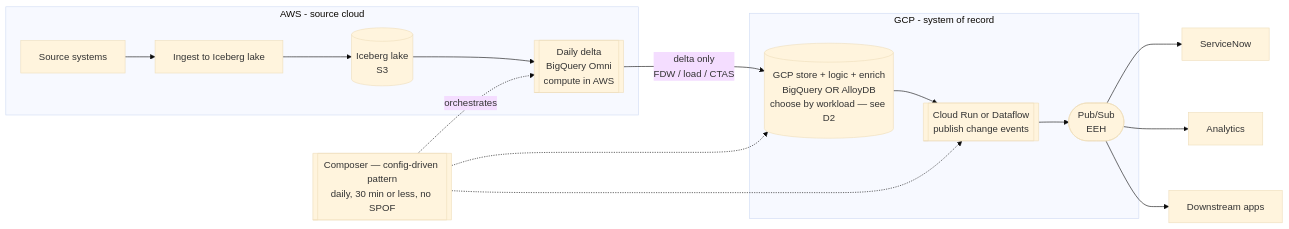
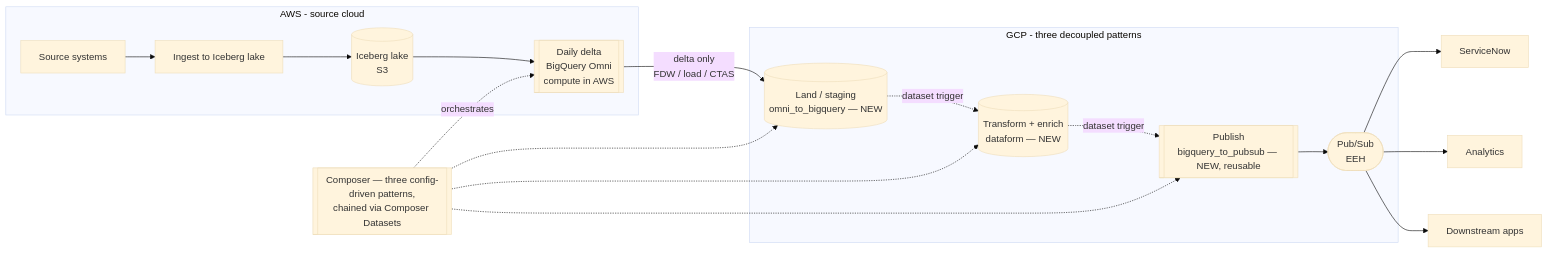
The diagram in docs/daily-delta-pipeline-architecture.md (jeremydegardeyn/iceberg-zero-copy-poc), drawn with Mermaid (base theme) before and after one commit. The commit also changed other lines of this file, not shown here.

First line of the commit message:
Delta pipeline: decouple into three Composer patterns + correct pattern names

````diff
--- a/docs/daily-delta-pipeline-architecture.md
+++ b/docs/daily-delta-pipeline-architecture.md
@@ -39,20 +39,24 @@
 ```mermaid
 flowchart LR
   subgraph AWS[AWS - source cloud]
     SRC[Source systems] --> ING[Ingest to Iceberg lake]
     ING --> LAKE[(Iceberg lake<br/>S3)]
     LAKE --> DIFF[[Daily delta<br/>BigQuery Omni<br/>compute in AWS]]
   end
-  DIFF -->|delta only<br/>FDW / load / CTAS| STORE
-  subgraph GCP[GCP - system of record]
-    STORE[(GCP store + logic + enrich<br/>BigQuery OR AlloyDB<br/>choose by workload — see D2)]
-    STORE --> PUB[[Cloud Run or Dataflow<br/>publish change events]]
+  DIFF -->|delta only<br/>FDW / load / CTAS| LAND
+  subgraph GCP[GCP - three decoupled patterns]
+    LAND[(Land / staging<br/>omni_to_bigquery — NEW)]
+    LAND -.dataset trigger.-> XFORM
+    XFORM[(Transform + enrich<br/>dataform — NEW)]
+    XFORM -.dataset trigger.-> PUB
+    PUB[[Publish<br/>bigquery_to_pubsub — NEW, reusable]]
     PUB --> EEH([Pub/Sub<br/>EEH])
   end
   EEH --> SNOW[ServiceNow]
   EEH --> ANL[Analytics]
   EEH --> APPS[Downstream apps]
-  ORCH[[Composer — config-driven pattern<br/>daily, 30 min or less, no SPOF]] -.orchestrates.-> DIFF
-  ORCH -.-> STORE
+  ORCH[[Composer — three config-driven patterns,<br/>chained via Composer Datasets]] -.orchestrates.-> DIFF
+  ORCH -.-> LAND
+  ORCH -.-> XFORM
   ORCH -.-> PUB
 ```
````
